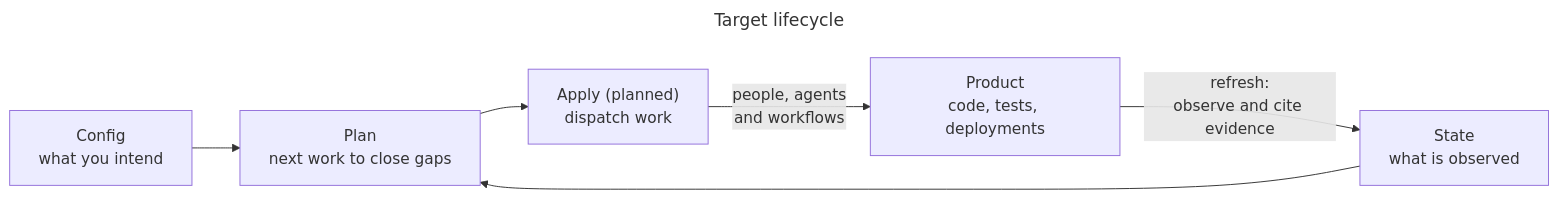
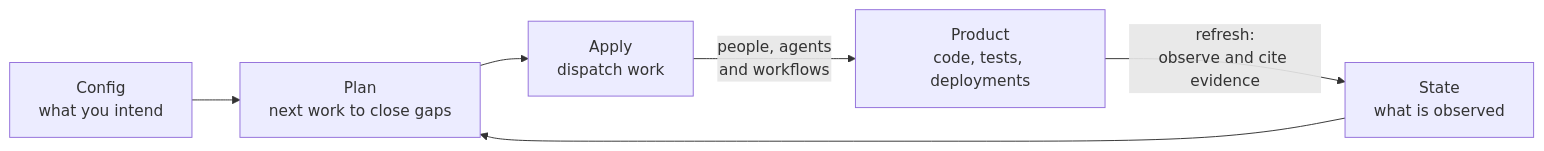
One commit to whiteredhouse/exacly changed the diagram in README.md. Above: the diagram before and after it, drawn with Mermaid.

Commit message:
docs: remove lifecycle title and planned label from diagram

````diff
--- a/README.md
+++ b/README.md
@@ -5,11 +5,8 @@
 ```mermaid
----
-title: Target lifecycle
----
 flowchart LR
     config["Config<br/>what you intend"] --> plan["Plan<br/>next work to close gaps"]
     state["State<br/>what is observed"] --> plan
-    plan --> apply["Apply (planned)<br/>dispatch work"]
+    plan --> apply["Apply<br/>dispatch work"]
     apply -- "people, agents<br/>and workflows" --> product["Product<br/>code, tests, deployments"]
     product -- "refresh:<br/>observe and cite evidence" --> state
 ```
````
